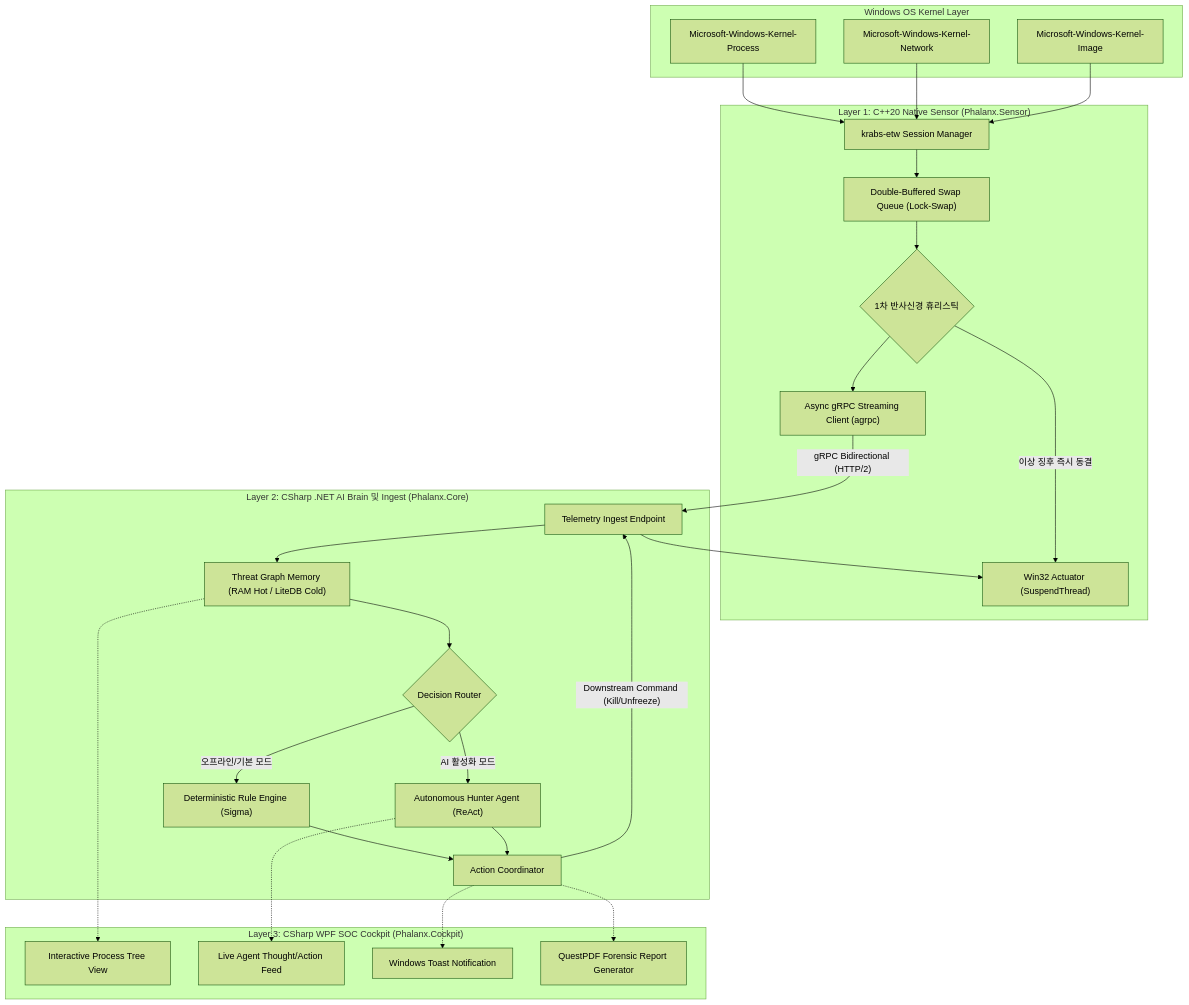
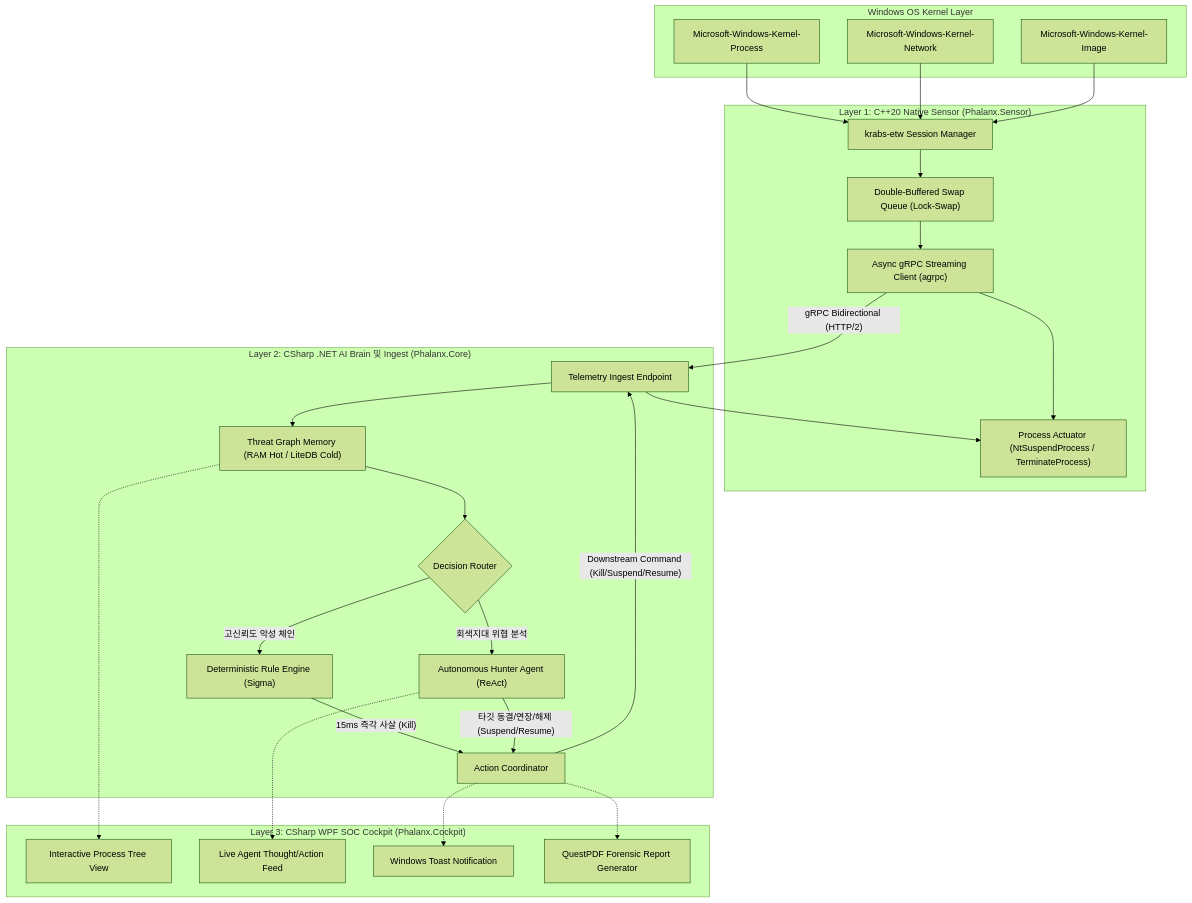
Before and after one commit to jin20203458/Obsidian.Agent: the diagram in Phalanx/docs/01_system_architecture.md, drawn with Mermaid (forest theme). The commit also changed other lines of this file and 2 other files, not shown here.

Commit message:
docs(phalanx): update architecture and roadmap with dual mitigation and empirical defense benchmarking

````diff
--- a/Phalanx/docs/01_system_architecture.md
+++ b/Phalanx/docs/01_system_architecture.md
@@ -19,43 +19,41 @@
 ```mermaid
 flowchart TD
     subgraph KERNEL ["Windows OS Kernel Layer"]
         ETW_Proc["Microsoft-Windows-Kernel-Process"]
         ETW_Net["Microsoft-Windows-Kernel-Network"]
         ETW_Img["Microsoft-Windows-Kernel-Image"]
     end
 
     subgraph CPP_SENSOR ["Layer 1: C++20 Native Sensor (Phalanx.Sensor)"]
         ETW_Proc --> Krabs["krabs-etw Session Manager"]
         ETW_Net --> Krabs
         ETW_Img --> Krabs
         
         Krabs --> IngestQueue["Double-Buffered Swap Queue (Lock-Swap)"]
-        IngestQueue --> ReflexEngine{"1차 반사신경 휴리스틱"}
-        
-        ReflexEngine -- "이상 징후 즉시 동결" --> Win32Act["Win32 Actuator (SuspendThread)"]
-        ReflexEngine --> GrpcClient["Async gRPC Streaming Client (agrpc)"]
+        IngestQueue --> GrpcClient["Async gRPC Streaming Client (agrpc)"]
+        GrpcClient --> Win32Act["Process Actuator (NtSuspendProcess / TerminateProcess)"]
     end
 
     subgraph CS_CORE ["Layer 2: CSharp .NET AI Brain 및 Ingest (Phalanx.Core)"]
         GrpcClient -->|"gRPC Bidirectional (HTTP/2)"| GrpcServer["Telemetry Ingest Endpoint"]
         GrpcServer --> ThreatGraph["Threat Graph Memory (RAM Hot / LiteDB Cold)"]
         
         ThreatGraph --> DecisionRouter{"Decision Router"}
         
-        DecisionRouter -- "오프라인/기본 모드" --> DeterministicRules["Deterministic Rule Engine (Sigma)"]
-        DecisionRouter -- "AI 활성화 모드" --> AgentOrchestrator["Autonomous Hunter Agent (ReAct)"]
+        DecisionRouter -- "고신뢰도 악성 체인" --> DeterministicRules["Deterministic Rule Engine (Sigma)"]
+        DecisionRouter -- "회색지대 위협 분석" --> AgentOrchestrator["Autonomous Hunter Agent (ReAct)"]
         
-        DeterministicRules --> ActionCoordinator["Action Coordinator"]
-        AgentOrchestrator --> ActionCoordinator
+        DeterministicRules -- "15ms 즉각 사살 (Kill)" --> ActionCoordinator["Action Coordinator"]
+        AgentOrchestrator -- "타깃 동결/연장/해제 (Suspend/Resume)" --> ActionCoordinator
         
-        ActionCoordinator -->|"Downstream Command (Kill/Unfreeze)"| GrpcServer
+        ActionCoordinator -->|"Downstream Command (Kill/Suspend/Resume)"| GrpcServer
         GrpcServer --> Win32Act
     end
 
     subgraph CS_COCKPIT ["Layer 3: CSharp WPF SOC Cockpit (Phalanx.Cockpit)"]
         ThreatGraph -.-> GraphView["Interactive Process Tree View"]
         AgentOrchestrator -.-> LiveFeed["Live Agent Thought/Action Feed"]
         ActionCoordinator -.-> ToastNotification["Windows Toast Notification"]
         ActionCoordinator -.-> ReportEngine["QuestPDF Forensic Report Generator"]
     end
 ```
````
